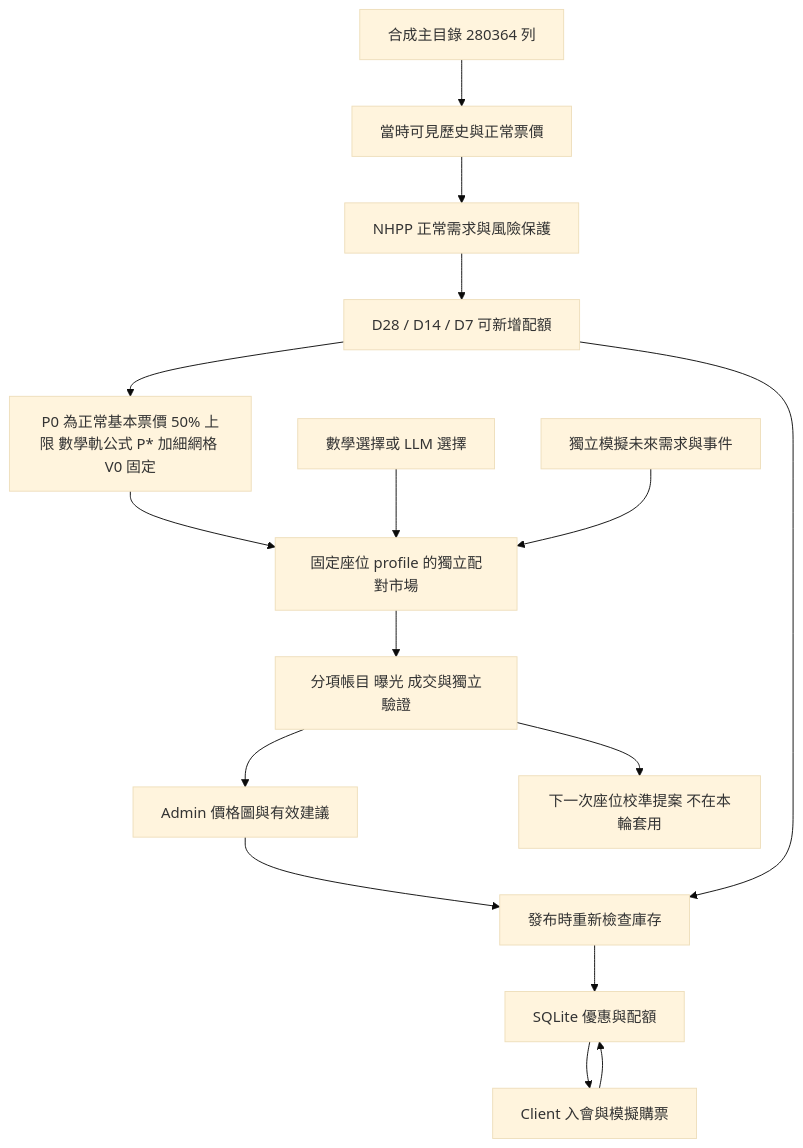
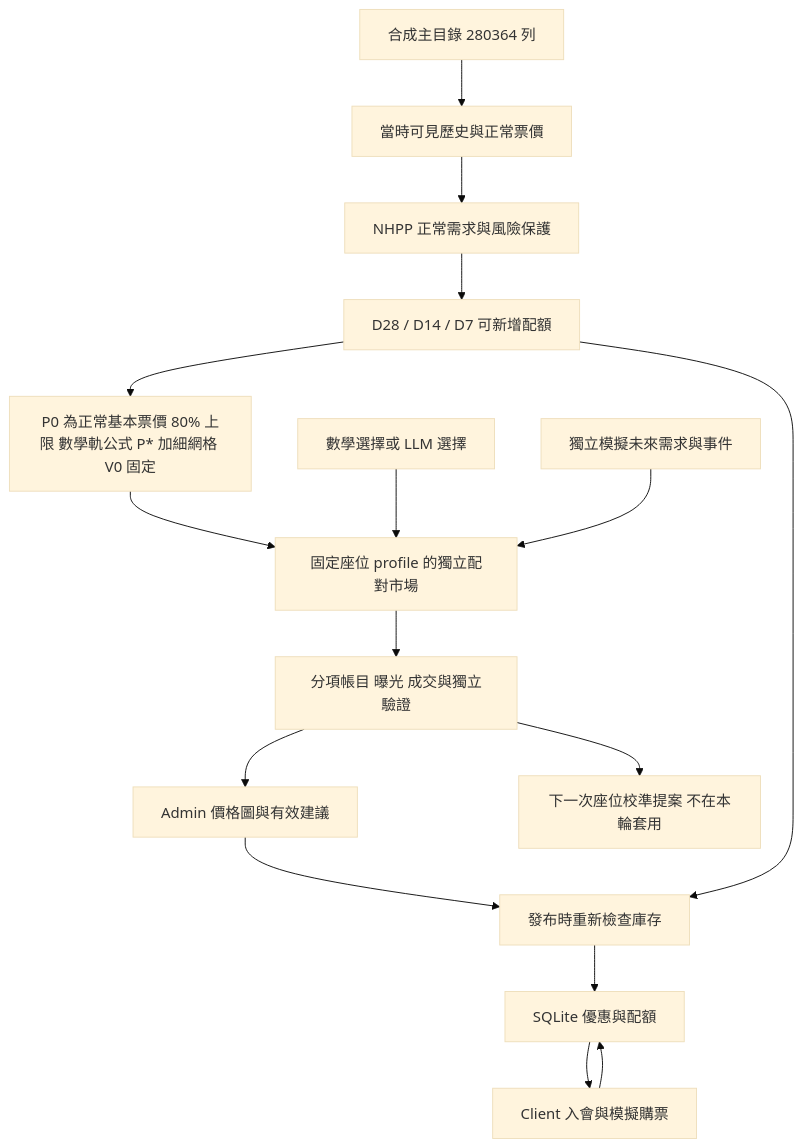
Before and after one commit to Horse-MA00/E117-AirplaneCPU: the diagram in docs/CURRENT_IMPLEMENTATION.md, drawn with Mermaid (base theme). The commit also changed other lines of this file and 50 other files, not shown here.

````diff
--- a/docs/CURRENT_IMPLEMENTATION.md
+++ b/docs/CURRENT_IMPLEMENTATION.md
@@ -35,18 +35,18 @@
 ```mermaid
 flowchart TD
     S[合成主目錄 280364 列] --> D[當時可見歷史與正常票價]
     D --> N[NHPP 正常需求與風險保護]
     N --> R[D28 / D14 / D7 可新增配額]
-    R --> P[P0 為正常基本票價 50% 上限 數學軌公式 P* 加細網格 V0 固定]
+    R --> P[P0 為正常基本票價 80% 上限 數學軌公式 P* 加細網格 V0 固定]
     P --> W[固定座位 profile 的獨立配對市場]
     M[數學選擇或 LLM 選擇] --> W
     T[獨立模擬未來需求與事件] --> W
     W --> E[分項帳目 曝光 成交與獨立驗證]
     E --> F[Admin 價格圖與有效建議]
     E --> U[下一次座位校準提案 不在本輪套用]
     F --> A[發布時重新檢查庫存]
     R --> A
     A --> Q[SQLite 優惠與配額]
     Q --> C[Client 入會與模擬購票]
     C --> Q
 ```
````
